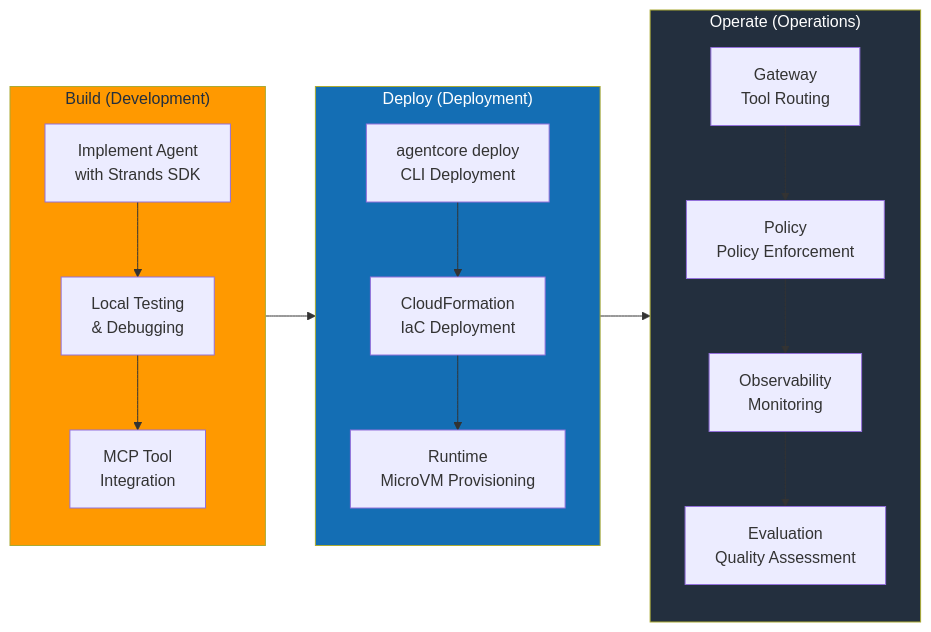
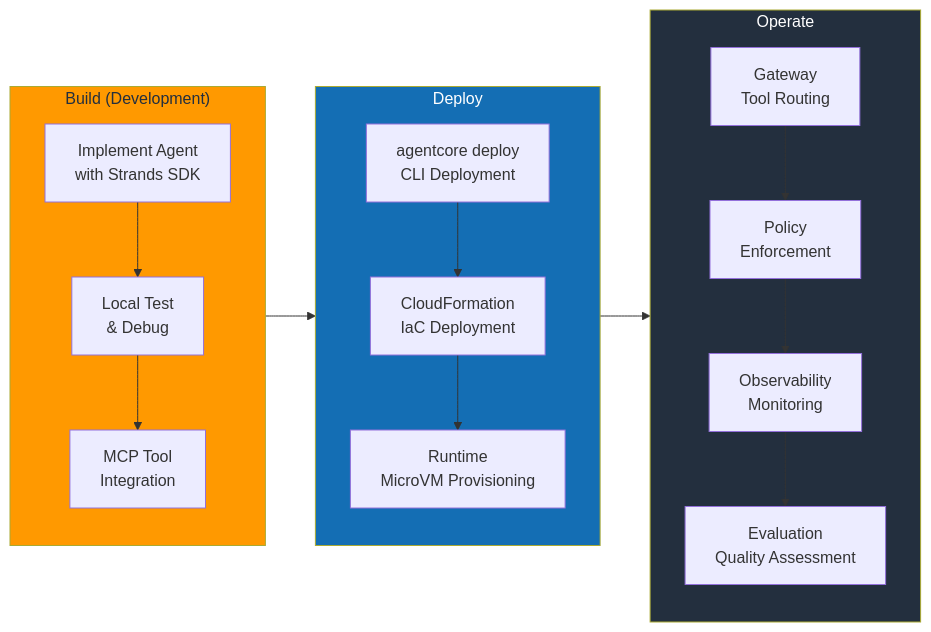
Before and after one commit to devfloor9/engineering-playbook: the second of 5 diagrams in i18n/en/docusaurus-plugin-content-docs/current/agentic-ai-platform/design-architecture/aws-native-agentic-platform.md, drawn with Mermaid. The commit also changed other lines of this file and 95 other files, not shown here.

````diff
--- a/i18n/en/docusaurus-plugin-content-docs/current/agentic-ai-platform/design-architecture/aws-native-agentic-platform.md
+++ b/i18n/en/docusaurus-plugin-content-docs/current/agentic-ai-platform/design-architecture/aws-native-agentic-platform.md
@@ -295,24 +295,24 @@
 ```mermaid
 graph LR
     subgraph Build["Build (Development)"]
-        B1["Implement Agent<br/>with Strands SDK"] --> B2["Local Testing<br/>& Debugging"]
+        B1["Implement Agent<br/>with Strands SDK"] --> B2["Local Test<br/>& Debug"]
         B2 --> B3["MCP Tool<br/>Integration"]
     end
 
-    subgraph Deploy["Deploy (Deployment)"]
+    subgraph Deploy["Deploy"]
         D1["agentcore deploy<br/>CLI Deployment"] --> D2["CloudFormation<br/>IaC Deployment"]
         D2 --> D3["Runtime<br/>MicroVM Provisioning"]
     end
 
-    subgraph Operate["Operate (Operations)"]
-        O1["Gateway<br/>Tool Routing"] --> O2["Policy<br/>Policy Enforcement"]
+    subgraph Operate["Operate"]
+        O1["Gateway<br/>Tool Routing"] --> O2["Policy<br/>Enforcement"]
         O2 --> O3["Observability<br/>Monitoring"]
         O3 --> O4["Evaluation<br/>Quality Assessment"]
     end
 
     Build --> Deploy --> Operate
 
     style Build fill:#FF9900,color:#232F3E
     style Deploy fill:#146EB4,color:#fff
     style Operate fill:#232F3E,color:#fff
 ```
````
